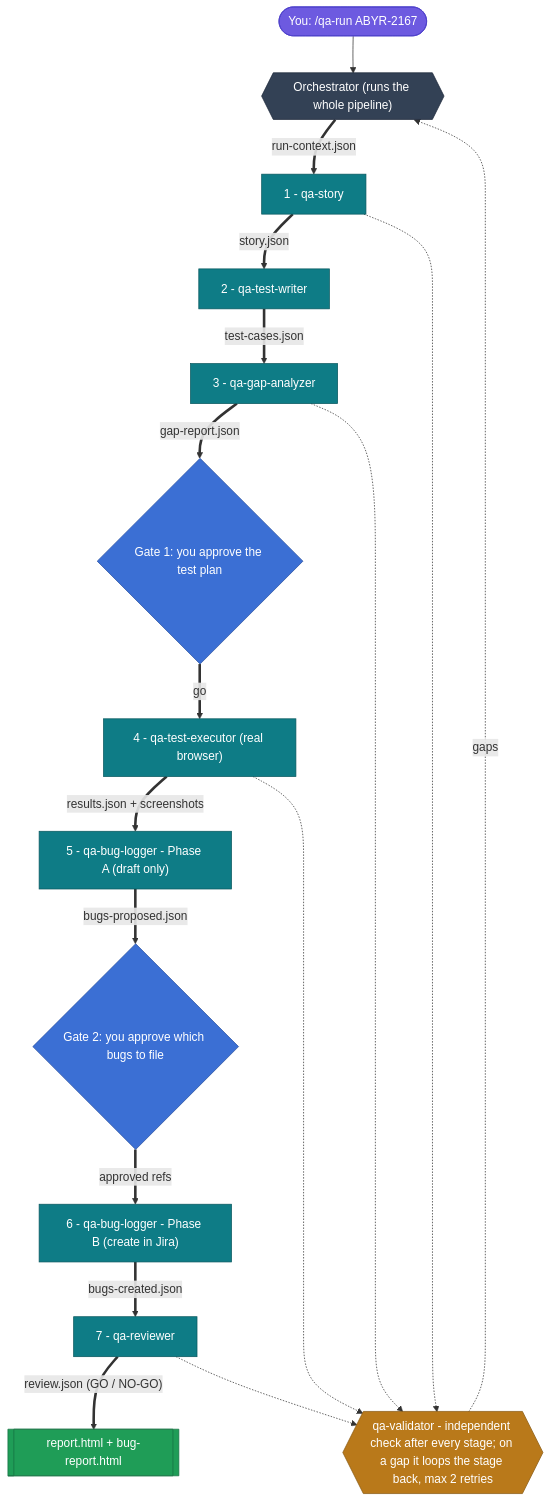
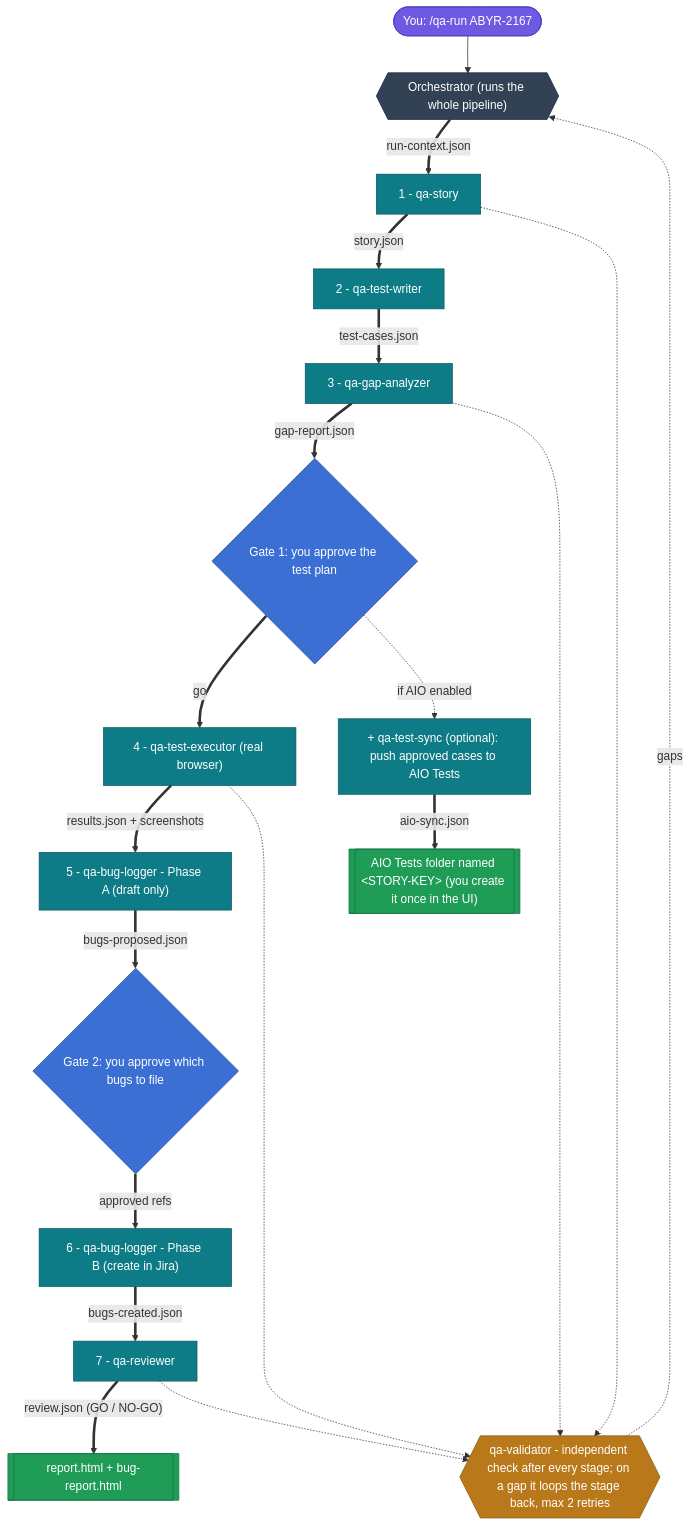
One commit to UsamaArshadJadoon/ManualTestingAgent changed the diagram in README.md. Above: the diagram before and after it, drawn with Mermaid. The commit also changed other lines of this file and 3 other files, not shown here.

First line of the commit message:
docs(qa): document qa-test-sync + AIO folder rule across guide, README, spec

````diff
--- a/README.md
+++ b/README.md
@@ -27,29 +27,31 @@
 ```mermaid
 flowchart TD
     U(["You: /qa-run ABYR-2167"]):::you
     U --> ORCH{{"Orchestrator (runs the whole pipeline)"}}:::orch
     ORCH == run-context.json ==> S1["1 - qa-story"]:::agent
     S1 == story.json ==> S2["2 - qa-test-writer"]:::agent
     S2 == test-cases.json ==> S3["3 - qa-gap-analyzer"]:::agent
     S3 == gap-report.json ==> G1{"Gate 1: you approve the test plan"}:::gate
     G1 == go ==> S4["4 - qa-test-executor (real browser)"]:::agent
+    G1 -. "if AIO enabled" .-> SYNC["+ qa-test-sync (optional): push approved cases to AIO Tests"]:::agent
+    SYNC == aio-sync.json ==> AIOF[["AIO Tests folder named &lt;STORY-KEY&gt; (you create it once in the UI)"]]:::report
     S4 == "results.json + screenshots" ==> S5A["5 - qa-bug-logger - Phase A (draft only)"]:::agent
     S5A == bugs-proposed.json ==> G2{"Gate 2: you approve which bugs to file"}:::gate
     G2 == approved refs ==> S5B["6 - qa-bug-logger - Phase B (create in Jira)"]:::agent
     S5B == bugs-created.json ==> S6["7 - qa-reviewer"]:::agent
     S6 == "review.json (GO / NO-GO)" ==> R[["report.html + bug-report.html"]]:::report
 
     VAL{{"qa-validator - independent check after every stage; on a gap it loops the stage back, max 2 retries"}}:::val
     S1 -.-> VAL
     S3 -.-> VAL
     S4 -.-> VAL
     S6 -.-> VAL
     VAL -. gaps .-> ORCH
 
     classDef you fill:#6d5ae0,stroke:#4b3ec9,color:#fff;
     classDef orch fill:#334155,stroke:#1e293b,color:#fff;
     classDef agent fill:#0e7c86,stroke:#0a5960,color:#fff;
     classDef val fill:#b9791a,stroke:#8a5a12,color:#fff;
     classDef gate fill:#3b6fd4,stroke:#2a52a0,color:#fff;
     classDef report fill:#1f9d57,stroke:#167243,color:#fff;
 ```
````
